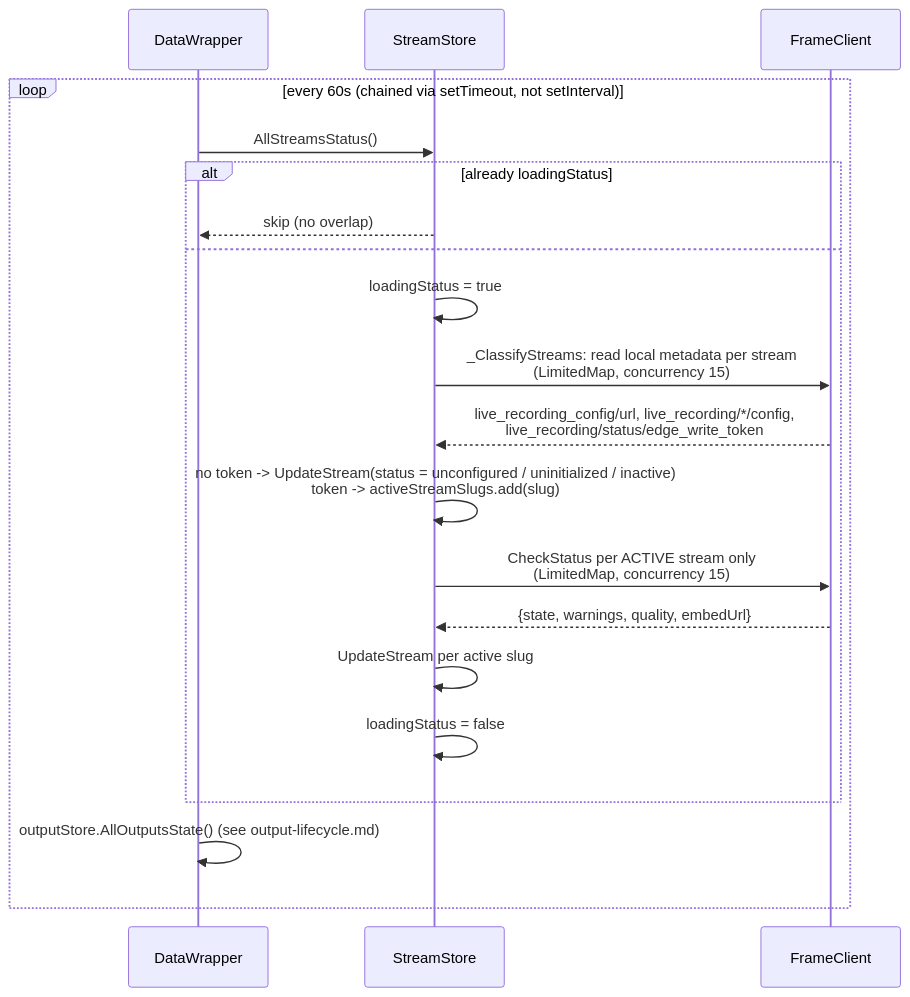
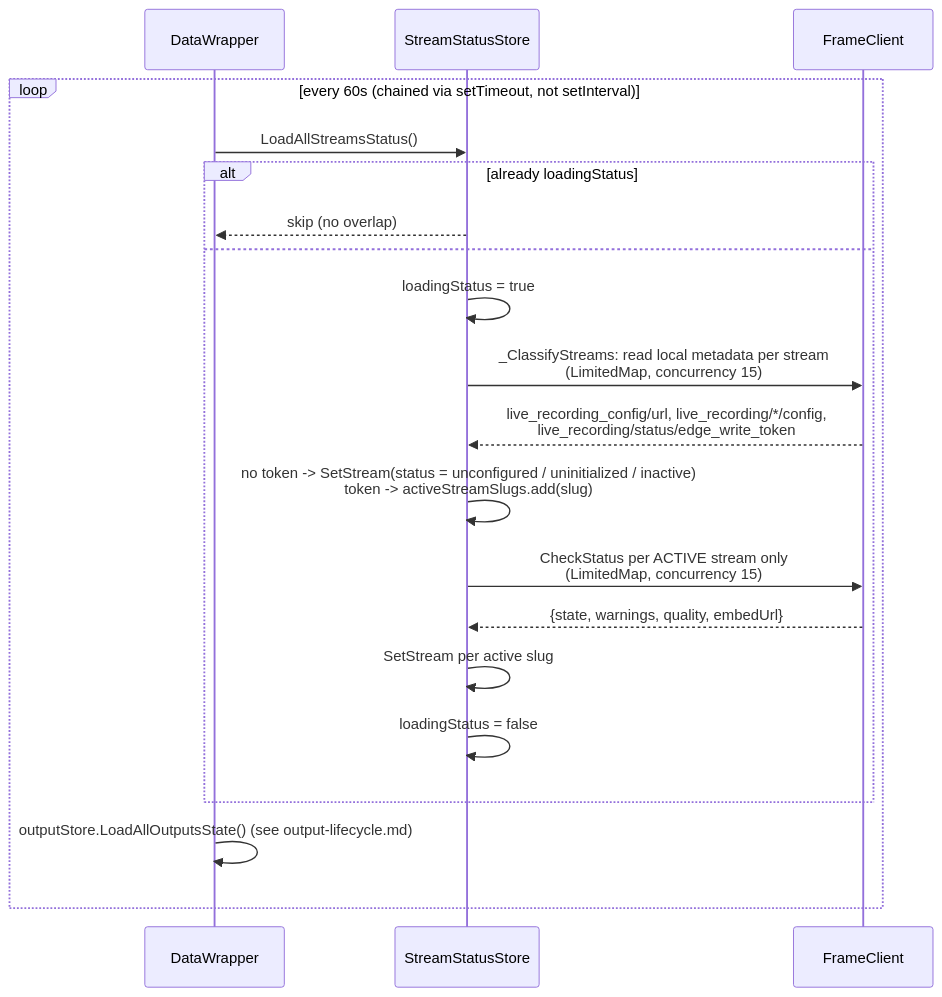
Before and after one commit to eluv-io/elv-live-stream: the fourth of 4 diagrams in docs/diagrams/stream-lifecycle.md, drawn with Mermaid. The commit also changed other lines of this file and 118 other files, not shown here.

````diff
--- a/docs/diagrams/stream-lifecycle.md
+++ b/docs/diagrams/stream-lifecycle.md
@@ -84,23 +88,23 @@
 ```mermaid
 sequenceDiagram
     participant DataWrapper
-    participant StreamStore
+    participant StreamStatusStore
     participant FrameClient
 
     loop every 60s (chained via setTimeout, not setInterval)
-        DataWrapper->>StreamStore: AllStreamsStatus()
+        DataWrapper->>StreamStatusStore: LoadAllStreamsStatus()
         alt already loadingStatus
-            StreamStore-->>DataWrapper: skip (no overlap)
+            StreamStatusStore-->>DataWrapper: skip (no overlap)
         else
-            StreamStore->>StreamStore: loadingStatus = true
-            StreamStore->>FrameClient: _ClassifyStreams: read local metadata per stream<br/>(LimitedMap, concurrency 15)
-            FrameClient-->>StreamStore: live_recording_config/url, live_recording/*/config,<br/>live_recording/status/edge_write_token
-            StreamStore->>StreamStore: no token -> UpdateStream(status = unconfigured / uninitialized / inactive)<br/>token -> activeStreamSlugs.add(slug)
-            StreamStore->>FrameClient: CheckStatus per ACTIVE stream only<br/>(LimitedMap, concurrency 15)
-            FrameClient-->>StreamStore: {state, warnings, quality, embedUrl}
-            StreamStore->>StreamStore: UpdateStream per active slug
-            StreamStore->>StreamStore: loadingStatus = false
+            StreamStatusStore->>StreamStatusStore: loadingStatus = true
+            StreamStatusStore->>FrameClient: _ClassifyStreams: read local metadata per stream<br/>(LimitedMap, concurrency 15)
+            FrameClient-->>StreamStatusStore: live_recording_config/url, live_recording/*/config,<br/>live_recording/status/edge_write_token
+            StreamStatusStore->>StreamStatusStore: no token -> SetStream(status = unconfigured / uninitialized / inactive)<br/>token -> activeStreamSlugs.add(slug)
+            StreamStatusStore->>FrameClient: CheckStatus per ACTIVE stream only<br/>(LimitedMap, concurrency 15)
+            FrameClient-->>StreamStatusStore: {state, warnings, quality, embedUrl}
+            StreamStatusStore->>StreamStatusStore: SetStream per active slug
+            StreamStatusStore->>StreamStatusStore: loadingStatus = false
         end
-        DataWrapper->>DataWrapper: outputStore.AllOutputsState() (see output-lifecycle.md)
+        DataWrapper->>DataWrapper: outputStore.LoadAllOutputsState() (see output-lifecycle.md)
     end
 ```
````
